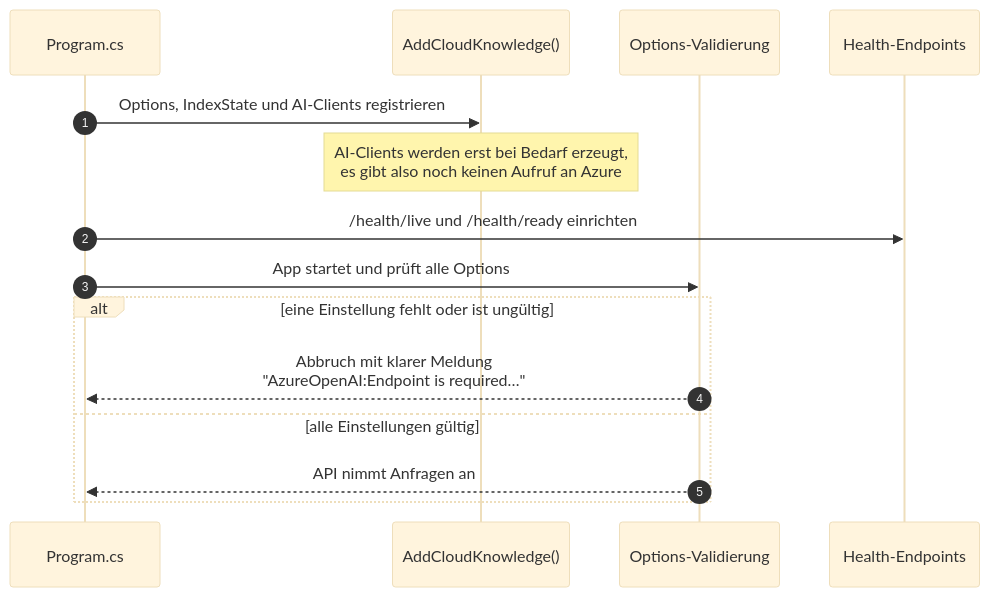
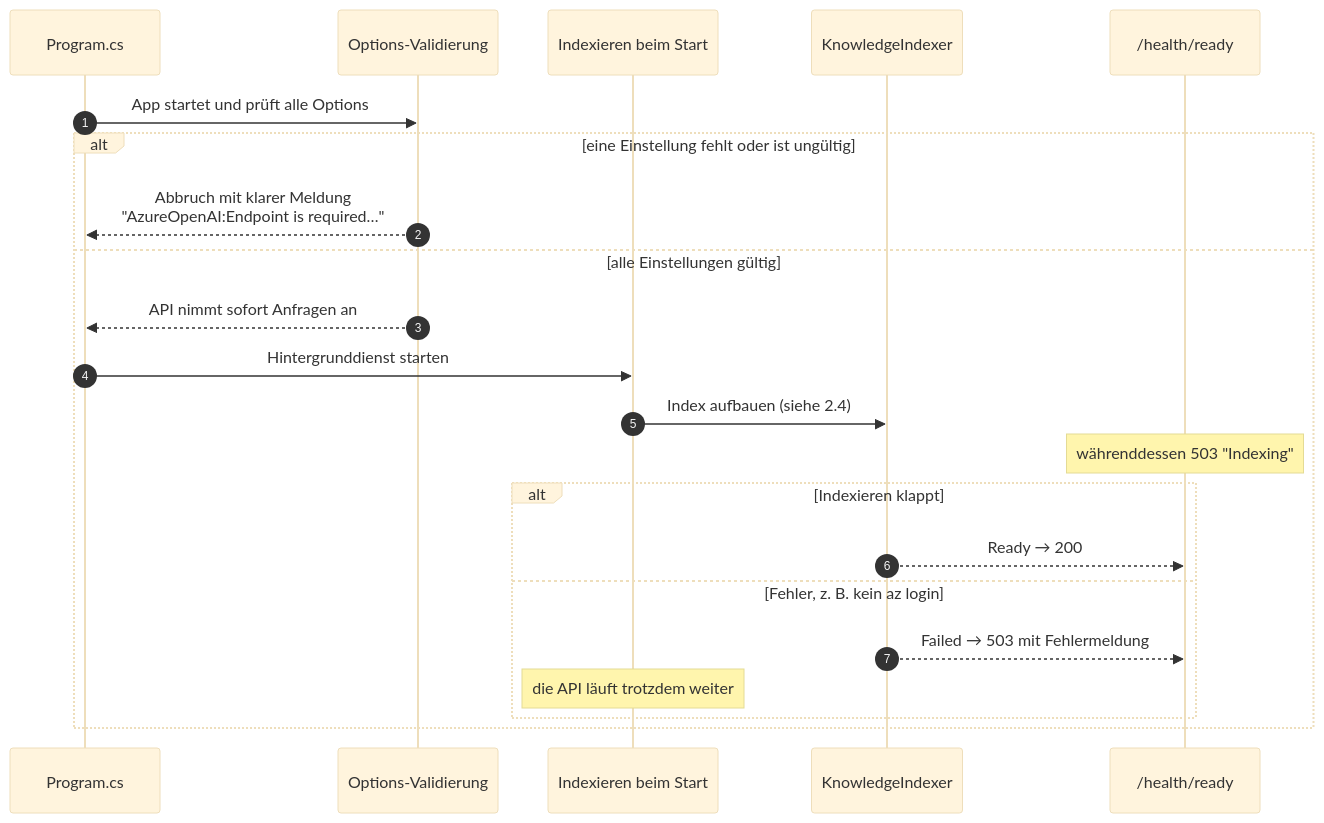
One commit to MyOnlineRepo/RAG-API changed the third of 10 diagrams in README.md. Above: the diagram before and after it, drawn with Mermaid (base theme). The commit also changed other lines of this file and 3 other files, not shown here.

````diff
--- a/README.md
+++ b/README.md
@@ -81,18 +86,25 @@
 ```mermaid
 sequenceDiagram
     autonumber
     participant P as Program.cs
-    participant DI as AddCloudKnowledge()
     participant O as Options-Validierung
-    participant H as Health-Endpoints
+    participant S as Indexieren beim Start
+    participant X as KnowledgeIndexer
+    participant H as /health/ready
 
-    P->>DI: Options, IndexState und AI-Clients registrieren
-    Note over DI: AI-Clients werden erst bei Bedarf erzeugt,<br/>es gibt also noch keinen Aufruf an Azure
-    P->>H: /health/live und /health/ready einrichten
     P->>O: App startet und prüft alle Options
     alt eine Einstellung fehlt oder ist ungültig
         O-->>P: Abbruch mit klarer Meldung<br/>"AzureOpenAI:Endpoint is required…"
     else alle Einstellungen gültig
-        O-->>P: API nimmt Anfragen an
+        O-->>P: API nimmt sofort Anfragen an
+        P->>S: Hintergrunddienst starten
+        S->>X: Index aufbauen (siehe 2.4)
+        Note over H: währenddessen 503 "Indexing"
+        alt Indexieren klappt
+            X-->>H: Ready → 200
+        else Fehler, z. B. kein az login
+            X-->>H: Failed → 503 mit Fehlermeldung
+            Note over S: die API läuft trotzdem weiter
+        end
     end
 ```
````
